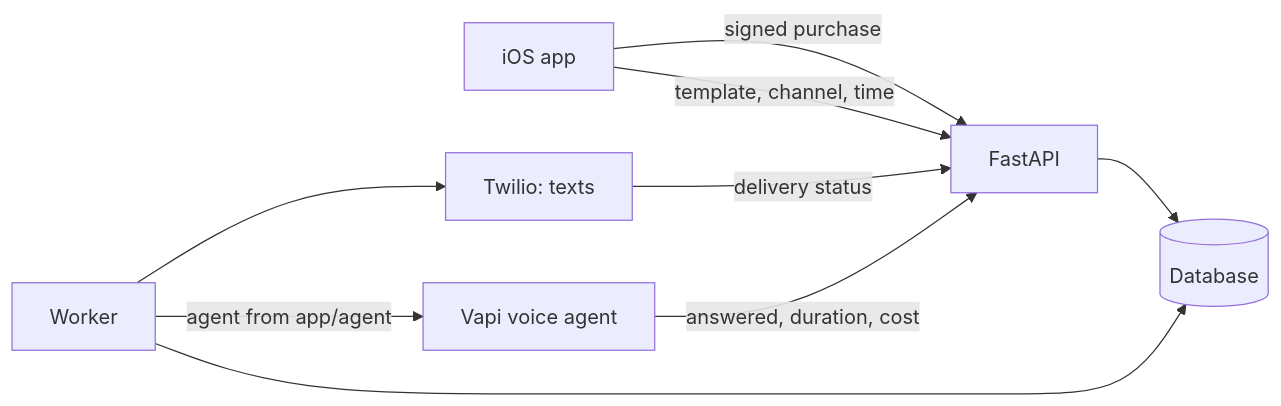
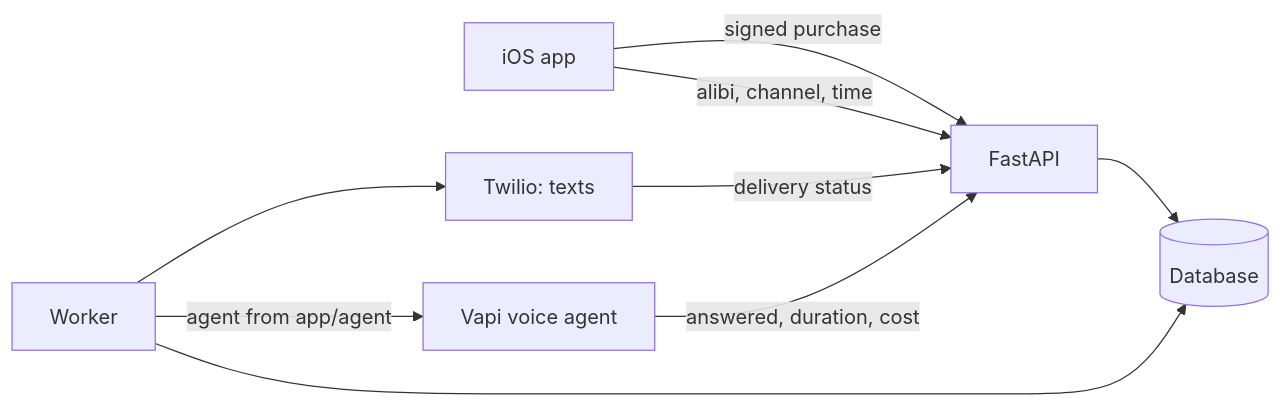
The diagram in README.md (loukra/AlibiMe), drawn with Mermaid before and after one commit. The commit also changed other lines of this file and 7 other files, not shown here.

````diff
--- a/README.md
+++ b/README.md
@@ -72,11 +81,11 @@
 ```mermaid
 flowchart LR
-    App[iOS app] -->|template, channel, time| API[FastAPI]
+    App[iOS app] -->|alibi, channel, time| API[FastAPI]
     API --> DB[(Database)]
     Worker --> DB
     Worker -->|agent from app/agent| Vapi[Vapi voice agent]
     Worker --> Twilio[Twilio: texts]
     Vapi -->|answered, duration, cost| API
     Twilio -->|delivery status| API
     App -->|signed purchase| API
 ```
````
